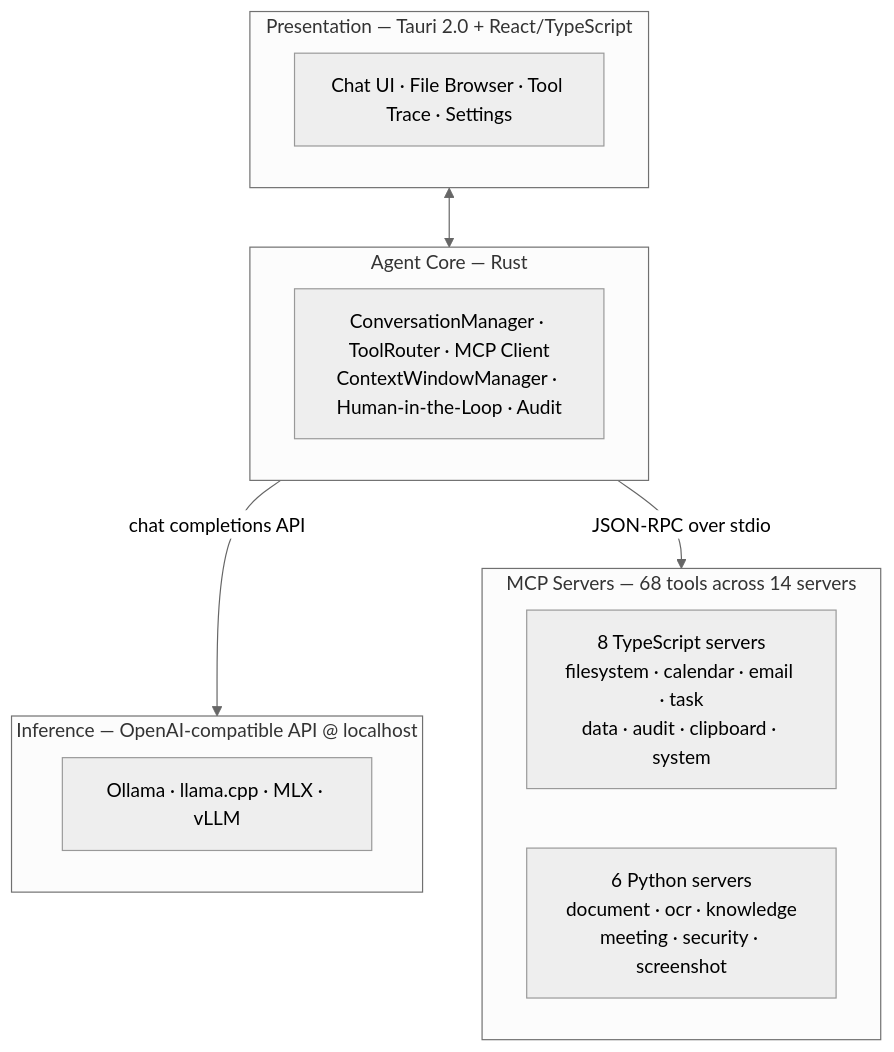
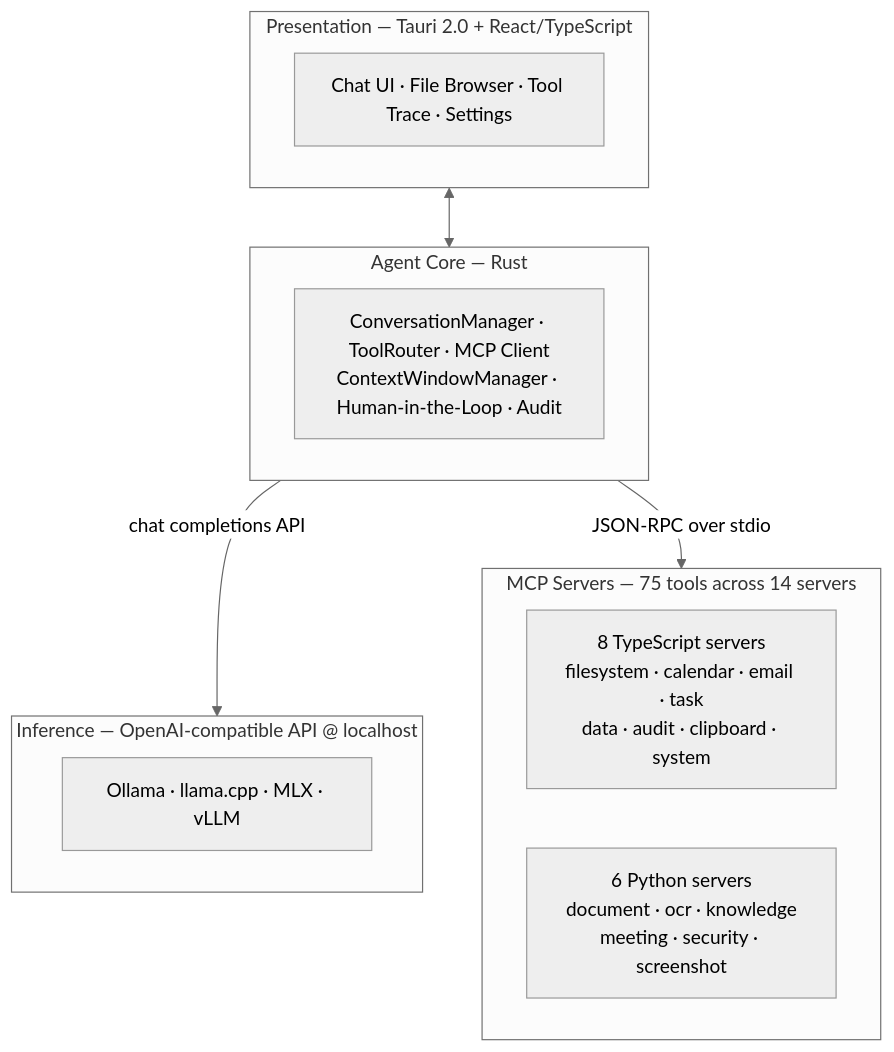
Before and after one commit to Liquid4All/cookbook: the diagram in examples/localcowork/README.md, drawn with Mermaid (neutral theme). The commit also changed other lines of this file and 15 other files, not shown here.

````diff
--- a/examples/localcowork/README.md
+++ b/examples/localcowork/README.md
@@ -11,23 +11,23 @@
 ```mermaid
 graph TD
     subgraph Presentation["Presentation — Tauri 2.0 + React/TypeScript"]
         UI["Chat UI · File Browser · Tool Trace · Settings"]
     end
 
     subgraph AgentCore["Agent Core — Rust"]
         Core["ConversationManager · ToolRouter · MCP Client\nContextWindowManager · Human-in-the-Loop · Audit"]
     end
 
     subgraph Inference["Inference — OpenAI-compatible API @ localhost"]
         Runtimes["Ollama · llama.cpp · MLX · vLLM"]
     end
 
-    subgraph Servers["MCP Servers — 68 tools across 14 servers"]
+    subgraph Servers["MCP Servers — 75 tools across 14 servers"]
         TS["8 TypeScript servers\nfilesystem · calendar · email · task\ndata · audit · clipboard · system"]
         PY["6 Python servers\ndocument · ocr · knowledge\nmeeting · security · screenshot"]
     end
 
     Presentation <--> AgentCore
     AgentCore -- "chat completions API" --> Inference
     AgentCore -- "JSON-RPC over stdio" --> Servers
 ```
````
